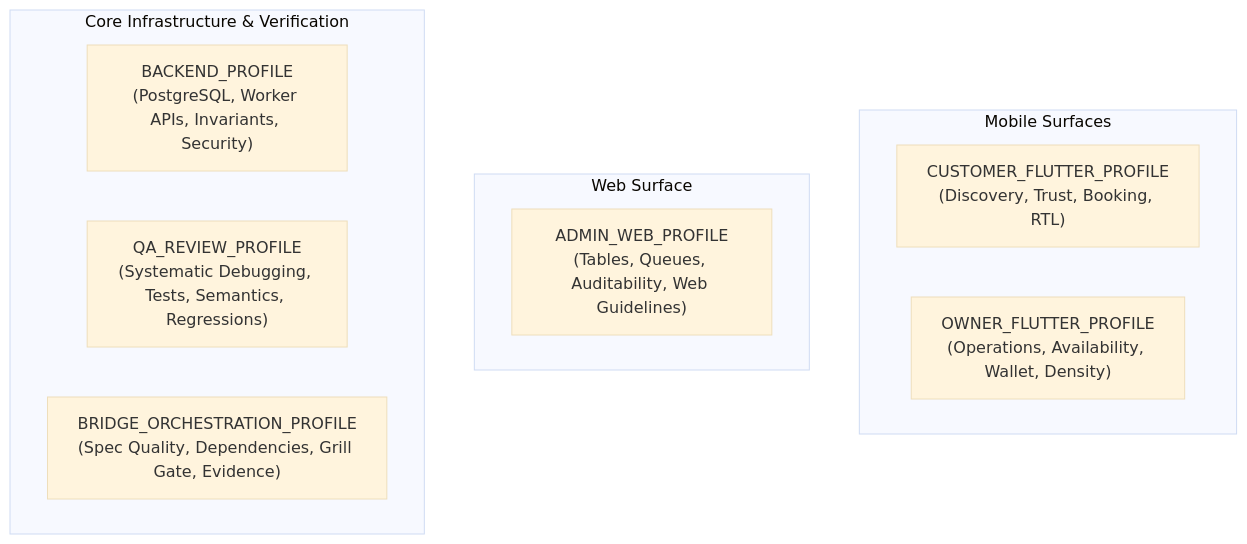
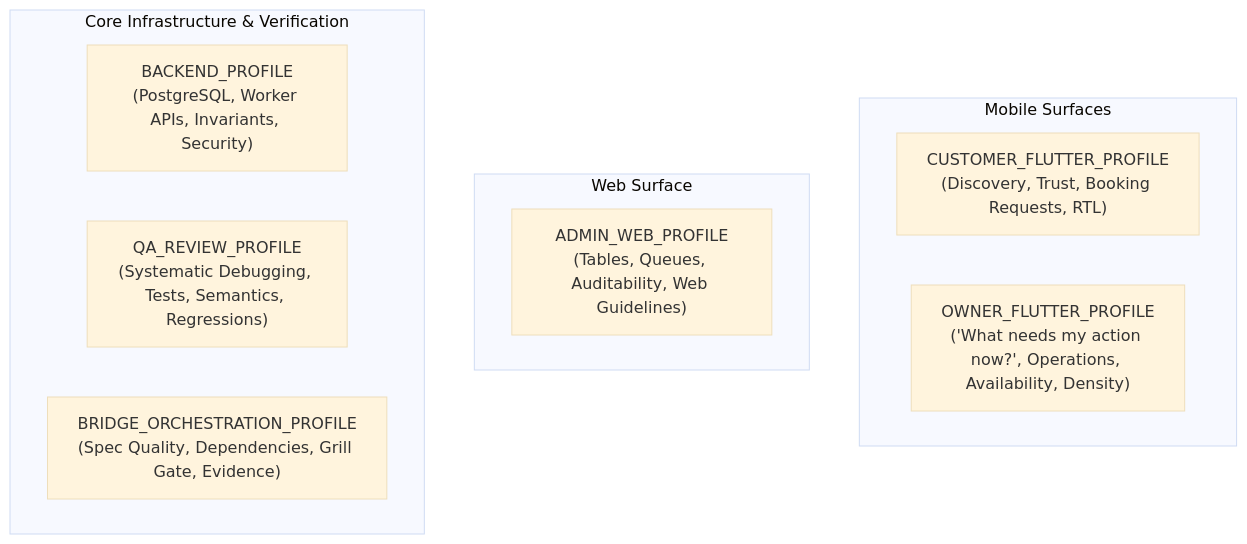
The diagram in docs/agents/KONFRM_AGENT_SKILL_PROFILES_V1.md (Essxm01/KONFRM), drawn with Mermaid (base theme) before and after one commit. The commit also changed other lines of this file and 3 other files, not shown here.

````diff
--- a/docs/agents/KONFRM_AGENT_SKILL_PROFILES_V1.md
+++ b/docs/agents/KONFRM_AGENT_SKILL_PROFILES_V1.md
@@ -18,17 +18,17 @@
 ```mermaid
 graph TD
     subgraph Mobile Surfaces
-        CUST["CUSTOMER_FLUTTER_PROFILE\n(Discovery, Trust, Booking, RTL)"]
-        OWN["OWNER_FLUTTER_PROFILE\n(Operations, Availability, Wallet, Density)"]
+        CUST["CUSTOMER_FLUTTER_PROFILE\n(Discovery, Trust, Booking Requests, RTL)"]
+        OWN["OWNER_FLUTTER_PROFILE\n('What needs my action now?', Operations, Availability, Density)"]
     end
 
     subgraph Web Surface
         ADM["ADMIN_WEB_PROFILE\n(Tables, Queues, Auditability, Web Guidelines)"]
     end
 
     subgraph Core Infrastructure & Verification
         BE["BACKEND_PROFILE\n(PostgreSQL, Worker APIs, Invariants, Security)"]
         QA["QA_REVIEW_PROFILE\n(Systematic Debugging, Tests, Semantics, Regressions)"]
         BR["BRIDGE_ORCHESTRATION_PROFILE\n(Spec Quality, Dependencies, Grill Gate, Evidence)"]
     end
 ```
````
